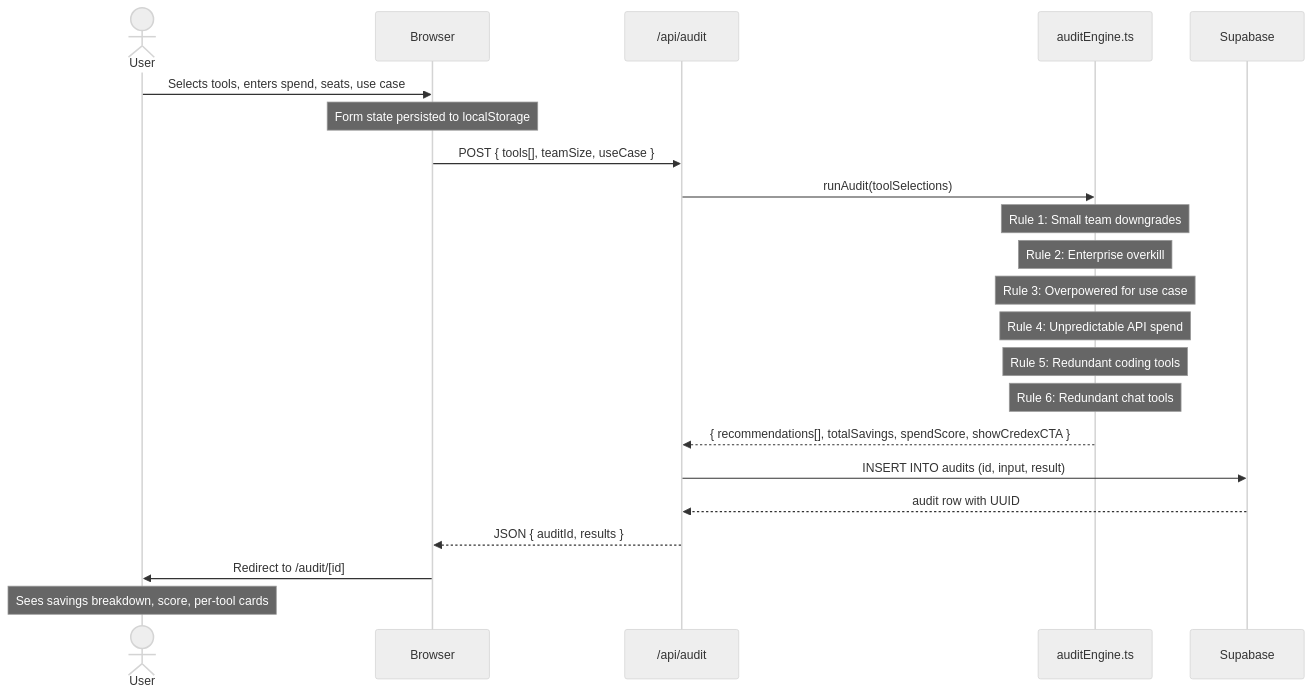
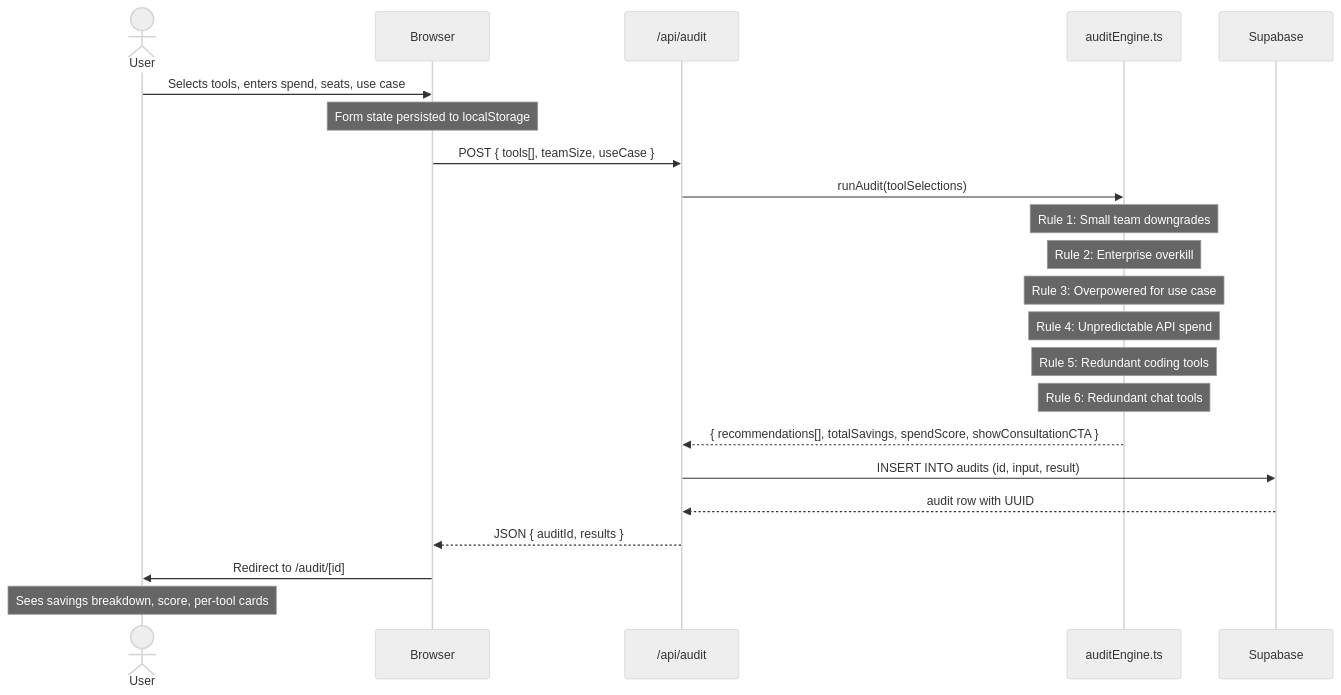
The second of 2 diagrams in ARCHITECTURE.md (Karam-999/SpendWise-AI), drawn with Mermaid (neutral theme) before and after one commit. The commit also changed other lines of this file and 12 other files, not shown here.

Commit message:
fixed architecture.md cand some other minor changes

````diff
--- a/ARCHITECTURE.md
+++ b/ARCHITECTURE.md
@@ -51,28 +51,28 @@
 ```mermaid
 sequenceDiagram
     actor User
     participant Browser
     participant API as /api/audit
     participant Engine as auditEngine.ts
     participant DB as Supabase
 
     User->>Browser: Selects tools, enters spend, seats, use case
     Note over Browser: Form state persisted to localStorage
     Browser->>API: POST { tools[], teamSize, useCase }
 
     API->>Engine: runAudit(toolSelections)
     Note over Engine: Rule 1: Small team downgrades
     Note over Engine: Rule 2: Enterprise overkill
     Note over Engine: Rule 3: Overpowered for use case
     Note over Engine: Rule 4: Unpredictable API spend
     Note over Engine: Rule 5: Redundant coding tools
     Note over Engine: Rule 6: Redundant chat tools
-    Engine-->>API: { recommendations[], totalSavings, spendScore, showCredexCTA }
+    Engine-->>API: { recommendations[], totalSavings, spendScore, showConsultationCTA }
 
     API->>DB: INSERT INTO audits (id, input, result)
     DB-->>API: audit row with UUID
 
     API-->>Browser: JSON { auditId, results }
     Browser->>User: Redirect to /audit/[id]
     Note over User: Sees savings breakdown, score, per-tool cards
 ```
````
